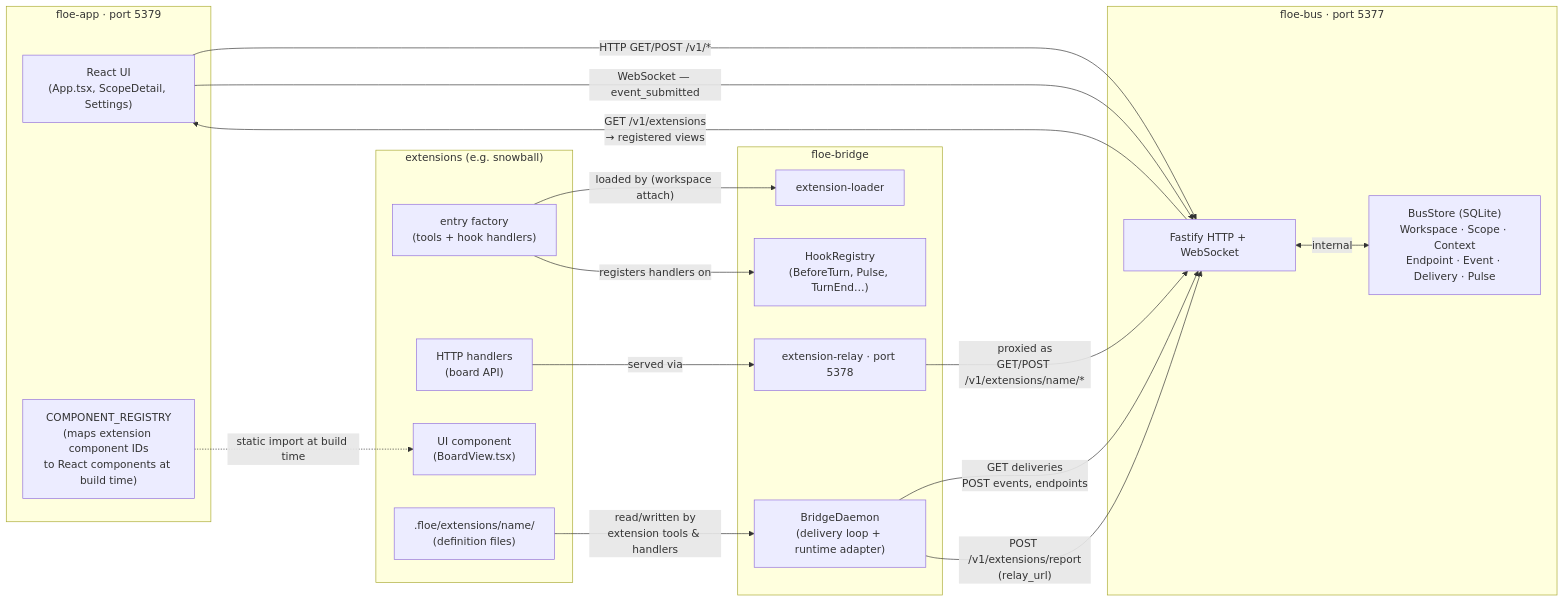
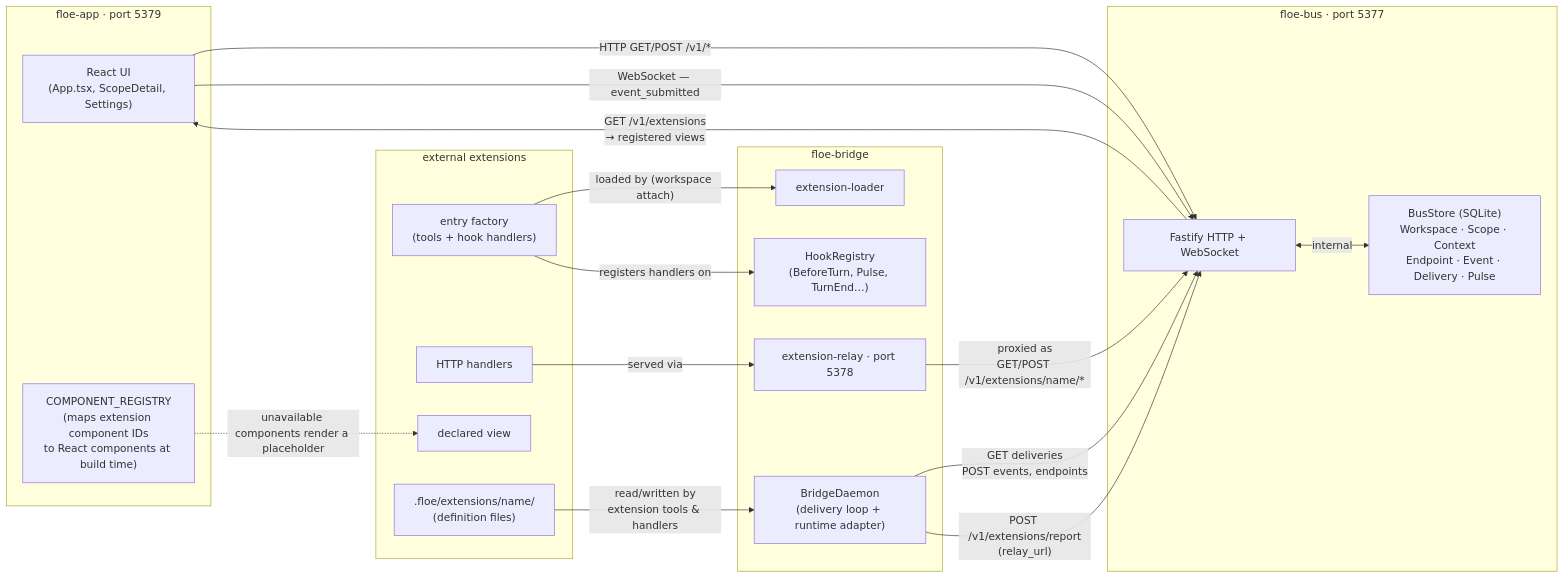
One commit to floe-ai/floe-subtrate changed the first of 8 diagrams in docs/architecture/overview.md. Above: the diagram before and after it, drawn with Mermaid. The commit also changed other lines of this file and 2 other files, not shown here.

````diff
--- a/docs/architecture/overview.md
+++ b/docs/architecture/overview.md
@@ -31,42 +31,42 @@
 ```mermaid
 graph LR
     subgraph APP["floe-app · port 5379"]
         UI["React UI\n(App.tsx, ScopeDetail, Settings)"]
         CREG["COMPONENT_REGISTRY\n(maps extension component IDs\nto React components at build time)"]
     end
 
     subgraph BUS["floe-bus · port 5377"]
         BHTTP["Fastify HTTP + WebSocket"]
         BSTORE["BusStore (SQLite)\nWorkspace · Scope · Context\nEndpoint · Event · Delivery · Pulse"]
         BHTTP <-->|"internal"| BSTORE
     end
 
     subgraph BRIDGE["floe-bridge"]
         DAEMON["BridgeDaemon\n(delivery loop + runtime adapter)"]
         HOOKS["HookRegistry\n(BeforeTurn, Pulse, TurnEnd…)"]
         LOADER["extension-loader"]
         RELAY["extension-relay · port 5378"]
     end
 
-    subgraph EXTS["extensions (e.g. snowball)"]
+    subgraph EXTS["external extensions"]
         ENTRY["entry factory\n(tools + hook handlers)"]
-        EHTTP["HTTP handlers\n(board API)"]
-        EVIEW["UI component\n(BoardView.tsx)"]
+        EHTTP["HTTP handlers"]
+        EVIEW["declared view"]
         EFILES[".floe/extensions/name/\n(definition files)"]
     end
 
     UI -->|"HTTP GET/POST /v1/*"| BHTTP
     UI -->|"WebSocket — event_submitted"| BHTTP
     BHTTP -->|"GET /v1/extensions\n→ registered views"| UI
-    CREG -.->|"static import at build time"| EVIEW
+    CREG -.->|"unavailable components render a placeholder"| EVIEW
 
     DAEMON -->|"GET deliveries\nPOST events, endpoints"| BHTTP
     DAEMON -->|"POST /v1/extensions/report\n(relay_url)"| BHTTP
 
     ENTRY -->|"loaded by (workspace attach)"| LOADER
     ENTRY -->|"registers handlers on"| HOOKS
     EHTTP -->|"served via"| RELAY
     RELAY -->|"proxied as\nGET/POST /v1/extensions/name/*"| BHTTP
 
     EFILES -->|"read/written by\nextension tools & handlers"| DAEMON
 ```
````
